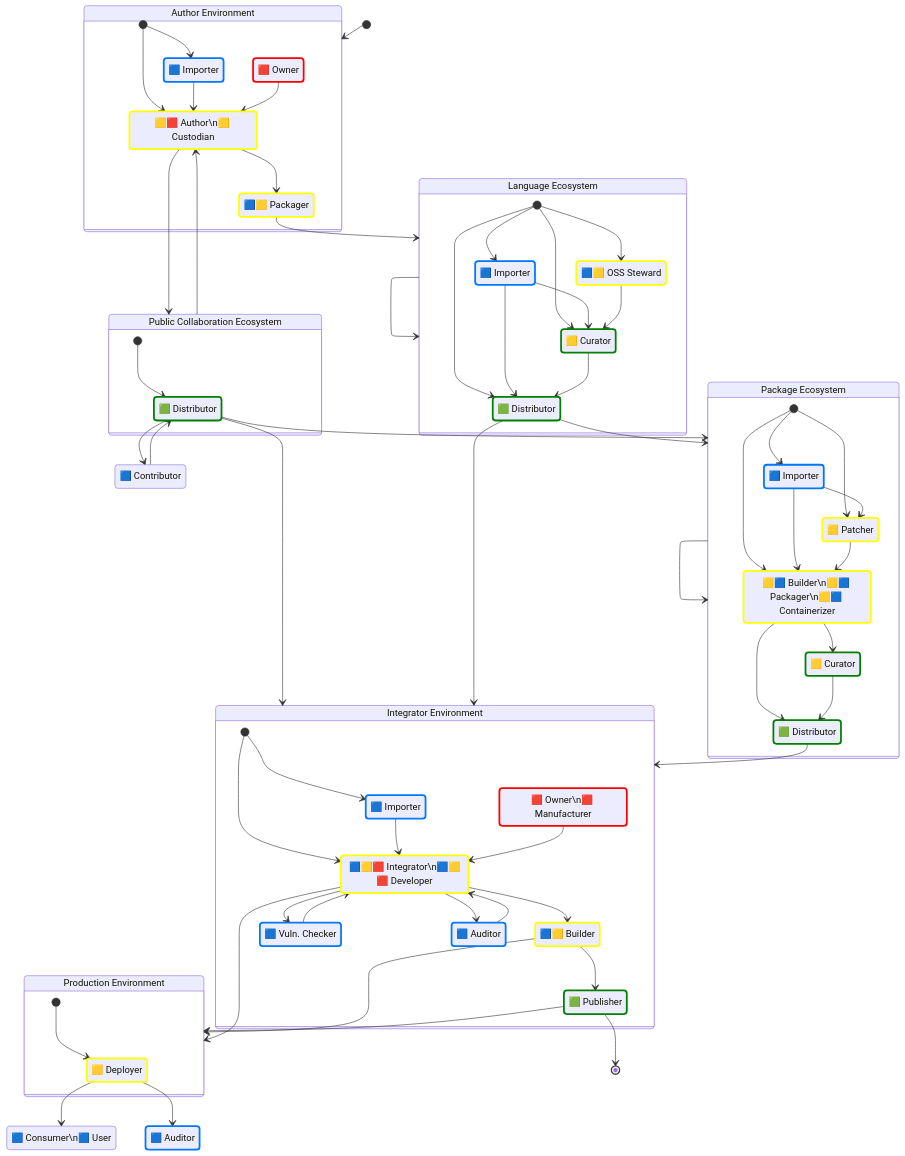
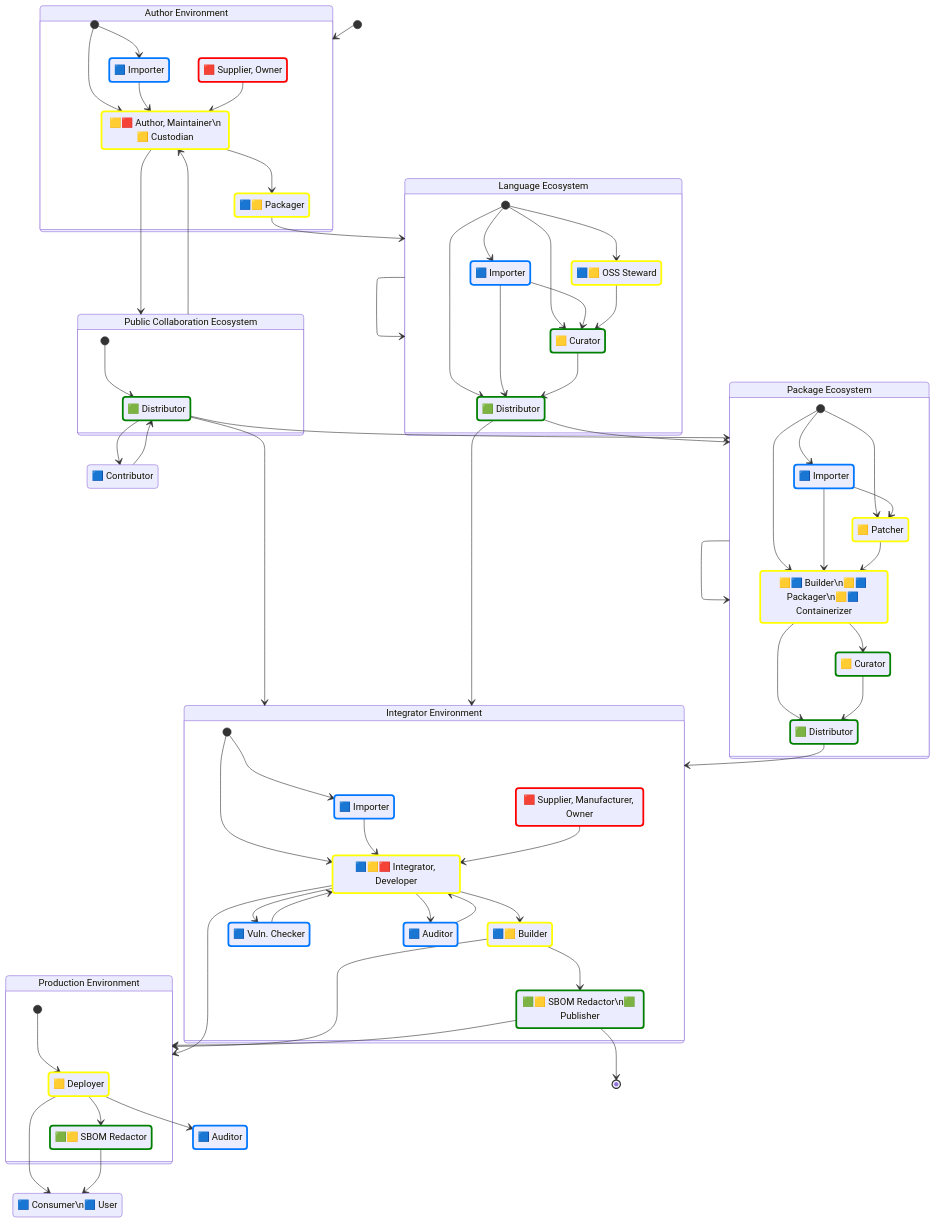
The second of 3 diagrams in docs/supplychain-sbom.md (CPAN-Security/security.metacpan.org), drawn with Mermaid before and after one commit. The commit also changed other lines of this file and 1 other file, not shown here.

```diff
--- a/docs/supplychain-sbom.md
+++ b/docs/supplychain-sbom.md
@@ -155,8 +161,8 @@
 
     %%
     state "🟦 Importer" as author_importer
-    state "🟥 Owner" as author_owner
-    state "🟨🟥 Author\n🟨 Custodian" as author
+    state "🟥 Supplier, Owner" as author_owner
+    state "🟨🟥 Author, Maintainer\n🟨 Custodian" as author
     state "🟩 Distributor" as repository_distributor
     state "🟦 Importer" as language_importer
     state "🟦🟨 Packager" as language_packager
@@ -170,12 +176,13 @@
     state "🟨 Curator" as package_curator
     state "🟩 Distributor" as package_distributor
     state "🟦 Importer" as integrator_importer
-    state "🟥 Owner\n🟥 Manufacturer" as integrator_owner
-    state "🟦🟨🟥 Integrator\n🟦🟨🟥 Developer" as integrator_developer
-    state "🟩 Publisher" as integrator_publisher
+    state "🟥 Supplier, Manufacturer, Owner" as integrator_owner
+    state "🟦🟨🟥 Integrator, Developer" as integrator_developer
+    state "🟩🟨 SBOM Redactor\n🟩 Publisher" as integrator_publisher
     state "🟦🟨 Builder" as integrator_builder
     state "🟨 Deployer" as deployer
     state "🟦 Vuln. Checker" as integrator_checker
+    state "🟩🟨 SBOM Redactor" as redactor
     state "🟦 Consumer\n🟦 User" as consumer
     state "🟦 Auditor" as auditor_internal
     state "🟦 Auditor" as auditor_external
@@ -210,6 +217,7 @@
     class integrator_builder assemblesSBOM
     class integrator_checker verifiesSBOM
     class deployer assemblesSBOM
+    class redactor distributesSBOM
     class auditor_internal verifiesSBOM
     class auditor_external verifiesSBOM
 
@@ -264,8 +272,8 @@
     ecosystem_package      --> ecosystem_package
 
     state "Integrator Environment" as ecosystem_integrator {
+        [*] --> integrator_developer
         [*] --> integrator_importer
-        [*] --> integrator_developer
         integrator_importer  --> integrator_developer
         integrator_owner     --> integrator_developer
         integrator_builder   --> integrator_publisher
@@ -282,6 +290,7 @@
 
     state "Production Environment" as ecosystem_prod {
         [*] --> deployer
+        deployer --> redactor
     }
 
     integrator_publisher --> [*]
@@ -289,8 +298,9 @@
     integrator_builder   --> ecosystem_prod
     integrator_publisher --> ecosystem_prod
 
+    deployer --> auditor_external
     deployer --> consumer
-    deployer --> auditor_external
+    redactor --> consumer
 
     %% Copyright © 2024 Salve J. Nilsen <sjn@oslo.pm>
     %% Some rights reserved. Licenced CC-BY-SA-4.0
```
